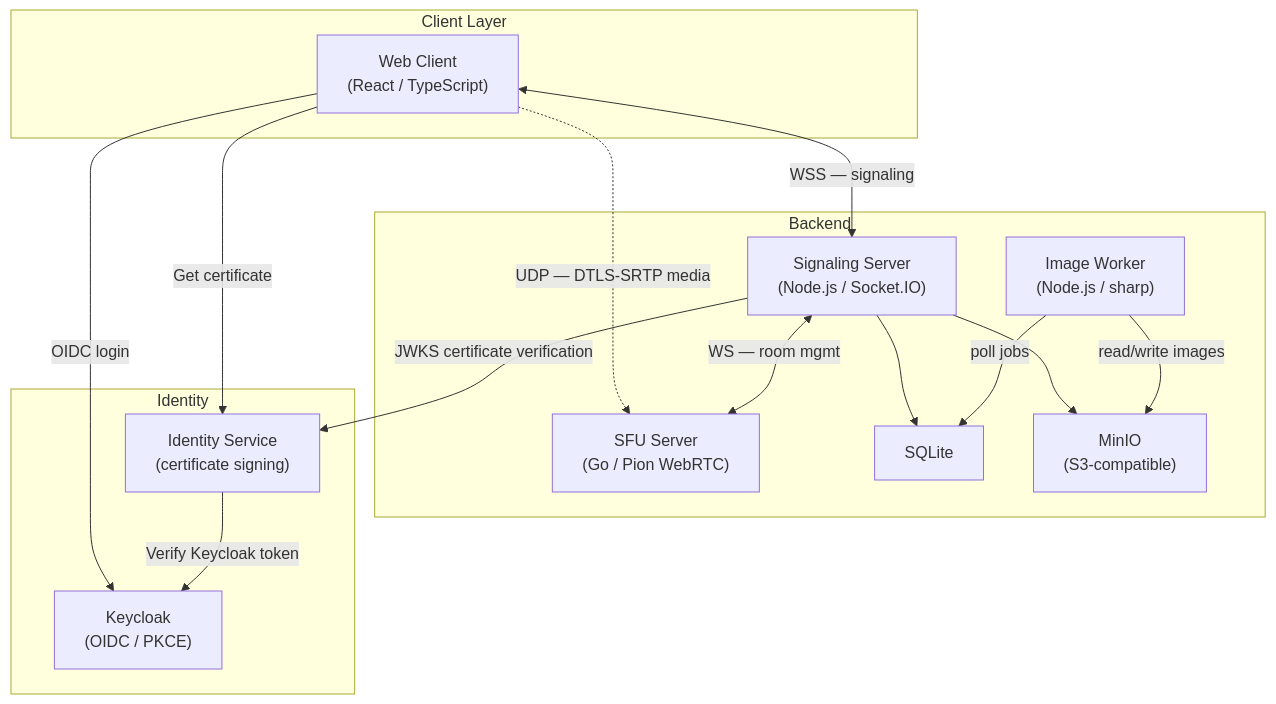
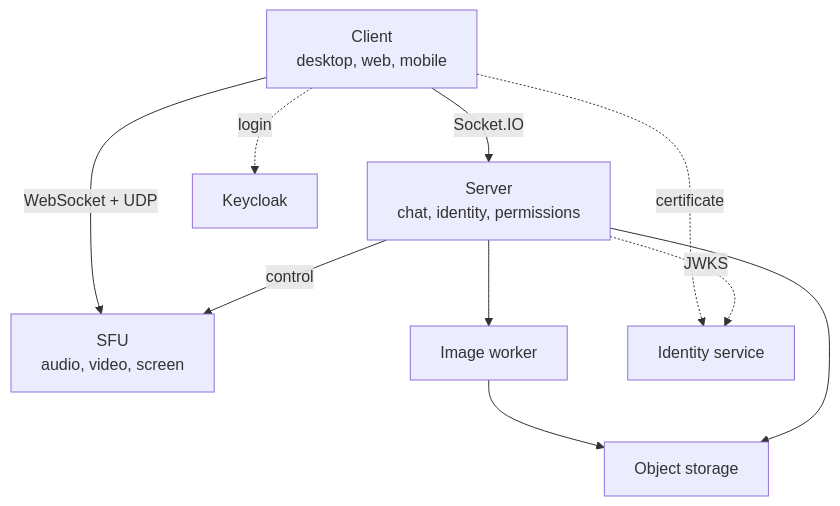
Before and after one commit to Gryt-chat/docs: the first of 3 diagrams in content/docs/guide/architecture.mdx, drawn with Mermaid. The commit also changed other lines of this file and 4 other files, not shown here.

````diff
--- a/content/docs/guide/architecture.mdx
+++ b/content/docs/guide/architecture.mdx
@@ -9,31 +14,20 @@
 ```mermaid
 graph TB
-  subgraph clientLayer [Client Layer]
-    WC["Web Client\n(React / TypeScript)"]
-  end
+  C["Client<br/>desktop, web, mobile"]
+  S["Server<br/>chat, identity, permissions"]
+  SFU["SFU<br/>audio, video, screen"]
+  IW["Image worker"]
+  OS["Object storage"]
+  K["Keycloak"]
+  ID["Identity service"]
 
-  subgraph backend [Backend]
-    GS["Signaling Server\n(Node.js / Socket.IO)"]
-    SFU["SFU Server\n(Go / Pion WebRTC)"]
-    IW["Image Worker\n(Node.js / sharp)"]
-    DB["SQLite"]
-    S3["MinIO\n(S3-compatible)"]
-  end
-
-  subgraph identity [Identity]
-    Auth["Keycloak\n(OIDC / PKCE)"]
-    IS["Identity Service\n(certificate signing)"]
-  end
-
-  WC <-->|"WSS — signaling"| GS
-  WC -.->|"UDP — DTLS-SRTP media"| SFU
-  WC -->|"OIDC login"| Auth
-  WC -->|"Get certificate"| IS
-  IS -->|"Verify Keycloak token"| Auth
-  GS <-->|"WS — room mgmt"| SFU
-  GS --> DB
-  GS --> S3
-  IW -->|"poll jobs"| DB
-  IW -->|"read/write images"| S3
-  GS -->|"JWKS certificate verification"| IS
+  C -->|"Socket.IO"| S
+  C -->|"WebSocket + UDP"| SFU
+  S -->|"control"| SFU
+  S --> IW
+  IW --> OS
+  S --> OS
+  C -.->|"login"| K
+  C -.->|"certificate"| ID
+  S -.->|"JWKS"| ID
 ```
````
